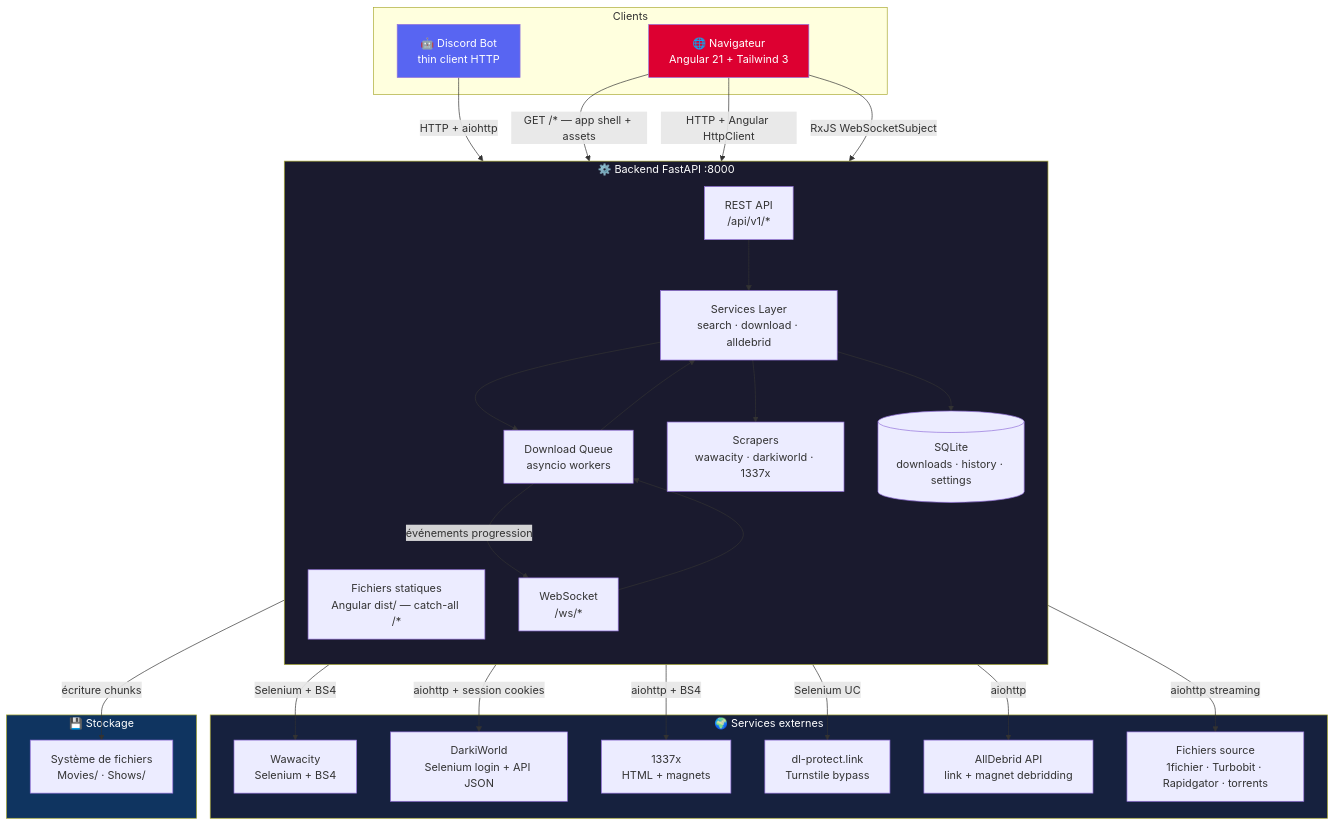
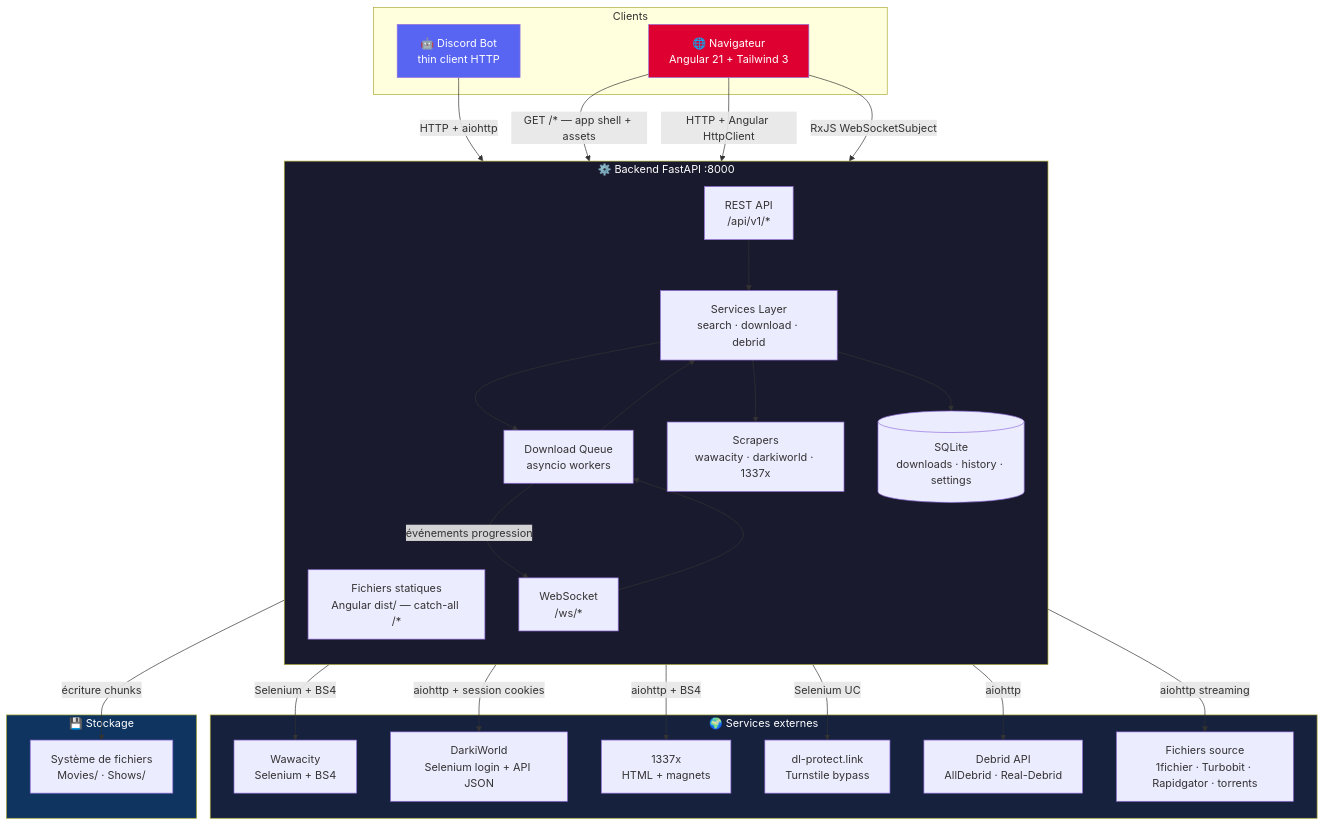
One commit to Gon3s/dl_discord_bot changed the first of 7 diagrams in docs/architecture-v2.md. Above: the diagram before and after it, drawn with Mermaid. The commit also changed other lines of this file and 10 other files, not shown here.

````diff
--- a/docs/architecture-v2.md
+++ b/docs/architecture-v2.md
@@ -5,58 +5,58 @@
 ```mermaid
 graph TB
     subgraph Clients
         DC[🤖 Discord Bot<br/>thin client HTTP]
         WB[🌐 Navigateur<br/>Angular 21 + Tailwind 3]
     end
 
     subgraph Backend["⚙️ Backend FastAPI :8000"]
         direction TB
         SPA[Fichiers statiques<br/>Angular dist/ — catch-all /*]
         API[REST API<br/>/api/v1/*]
         WS[WebSocket<br/>/ws/*]
-        SVC[Services Layer<br/>search · download · alldebrid]
+        SVC[Services Layer<br/>search · download · debrid]
         QUEUE[Download Queue<br/>asyncio workers]
         SCRAPERS[Scrapers<br/>wawacity · darkiworld · 1337x]
         DB[(SQLite<br/>downloads · history · settings)]
     end
 
     subgraph External["🌍 Services externes"]
         WAW[Wawacity<br/>Selenium + BS4]
         DWX[DarkiWorld<br/>Selenium login + API JSON]
         X1337[1337x<br/>HTML + magnets]
         DLP[dl-protect.link<br/>Turnstile bypass]
-        AD[AllDebrid API<br/>link + magnet debridding]
+        AD[Debrid API<br/>AllDebrid · Real-Debrid]
         CDN[Fichiers source<br/>1fichier · Turbobit · Rapidgator · torrents]
     end
 
     subgraph Storage["💾 Stockage"]
         FS[Système de fichiers<br/>Movies/ · Shows/]
     end
 
     DC -->|HTTP + aiohttp| API
     WB -->|"GET /* — app shell + assets"| SPA
     WB -->|HTTP + Angular HttpClient| API
     WB -->|RxJS WebSocketSubject| WS
 
     API --> SVC
     WS --> QUEUE
     SVC --> QUEUE
     SVC --> SCRAPERS
     SVC --> DB
     QUEUE --> SVC
     QUEUE -->|événements progression| WS
 
     SCRAPERS -->|Selenium + BS4| WAW
     SCRAPERS -->|aiohttp + session cookies| DWX
     SCRAPERS -->|aiohttp + BS4| X1337
     SCRAPERS -->|Selenium UC| DLP
     SVC -->|aiohttp| AD
     QUEUE -->|aiohttp streaming| CDN
     QUEUE -->|écriture chunks| FS
 
     style DC fill:#5865F2,color:#fff
     style WB fill:#DD0031,color:#fff
     style Backend fill:#1a1a2e,color:#fff
     style External fill:#16213e,color:#fff
     style Storage fill:#0f3460,color:#fff
 ```
````
